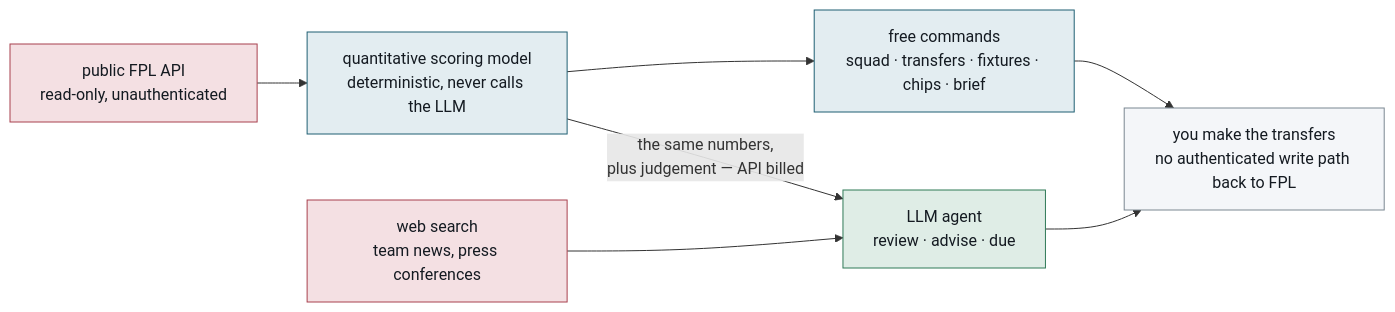
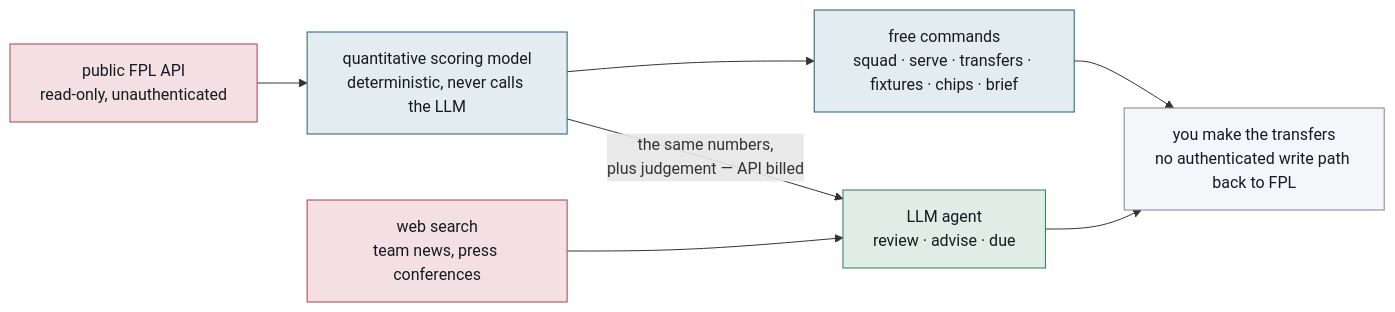
Before and after one commit to beeradb/FPL-Armband: the first of 3 diagrams in README.md, drawn with Mermaid. The commit also changed other lines of this file and 9 other files, not shown here.

````diff
--- a/README.md
+++ b/README.md
@@ -30,25 +31,25 @@
 ```mermaid
 flowchart LR
     api["public FPL API<br/>read-only, unauthenticated"]
     engine["quantitative scoring model<br/>deterministic, never calls the LLM"]
-    freecmds["free commands<br/>squad · transfers · fixtures · chips · brief"]
+    freecmds["free commands<br/>squad · serve · transfers · fixtures · chips · brief"]
     agentloop["LLM agent<br/>review · advise · due"]
     search["web search<br/>team news, press conferences"]
     you["you make the transfers<br/>no authenticated write path back to FPL"]
 
     api --> engine
     engine --> freecmds
     engine -->|"the same numbers,<br/>plus judgement — API billed"| agentloop
     search --> agentloop
     freecmds --> you
     agentloop --> you
 
     classDef io fill:#F4E0E3,stroke:#A8404E,color:#141A21
     classDef pure fill:#E3EDF1,stroke:#1F5F73,color:#141A21
     classDef llm fill:#DFEDE6,stroke:#2F7A57,color:#141A21
     classDef muted fill:#F4F6F9,stroke:#7A8791,color:#141A21
     class api,search io
     class engine,freecmds pure
     class agentloop llm
     class you muted
 ```
````
